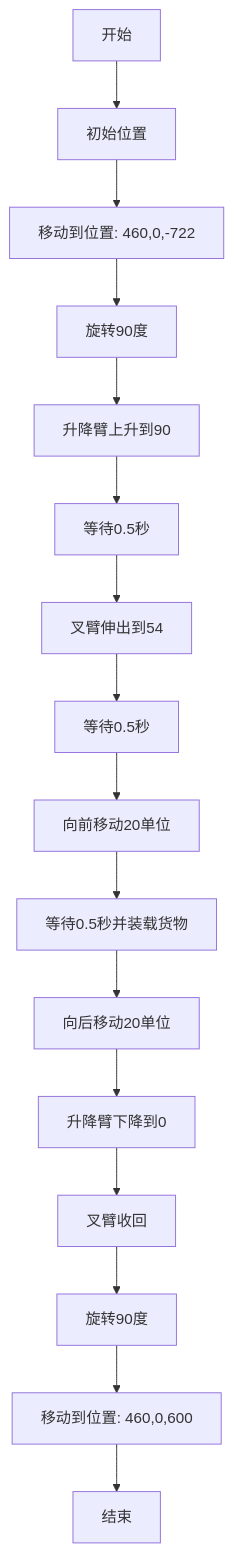
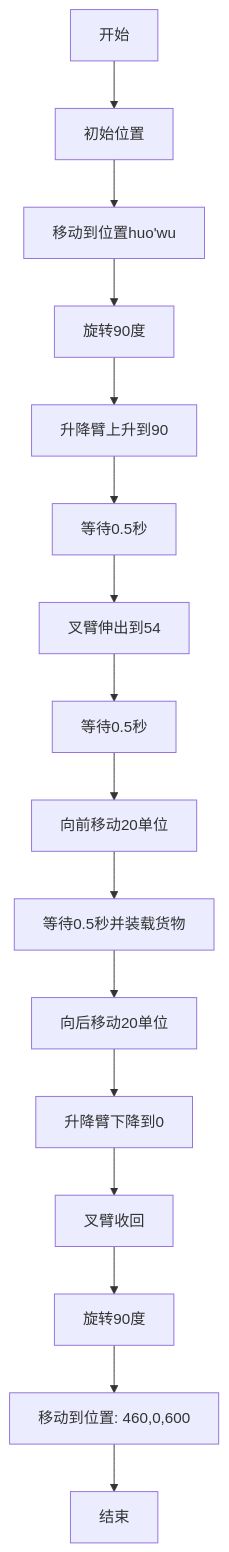
The diagram in all/未命名-1.md (Mrmilu212/iodraw-files), drawn with Mermaid before and after one commit.

Commit message:
2025-05-20 14:21:41 update

````diff
--- a/all/未命名-1.md
+++ b/all/未命名-1.md
@@ -1,18 +1,18 @@
 ```mermaid
 graph TD
     A[开始] --> B[初始位置]
-    B --> C[移动到位置: 460,0,-722]
+    B --> C[移动到位置huo'wu]
     C --> D[旋转90度]
     D --> E[升降臂上升到90]
     E --> F[等待0.5秒]
     F --> G[叉臂伸出到54]
     G --> H[等待0.5秒]
     H --> I[向前移动20单位]
     I --> J[等待0.5秒并装载货物]
     J --> K[向后移动20单位]
     K --> L[升降臂下降到0]
     L --> M[叉臂收回]
     M --> N[旋转90度]
     N --> O[移动到位置: 460,0,600]
     O --> P[结束]
 ```
````
